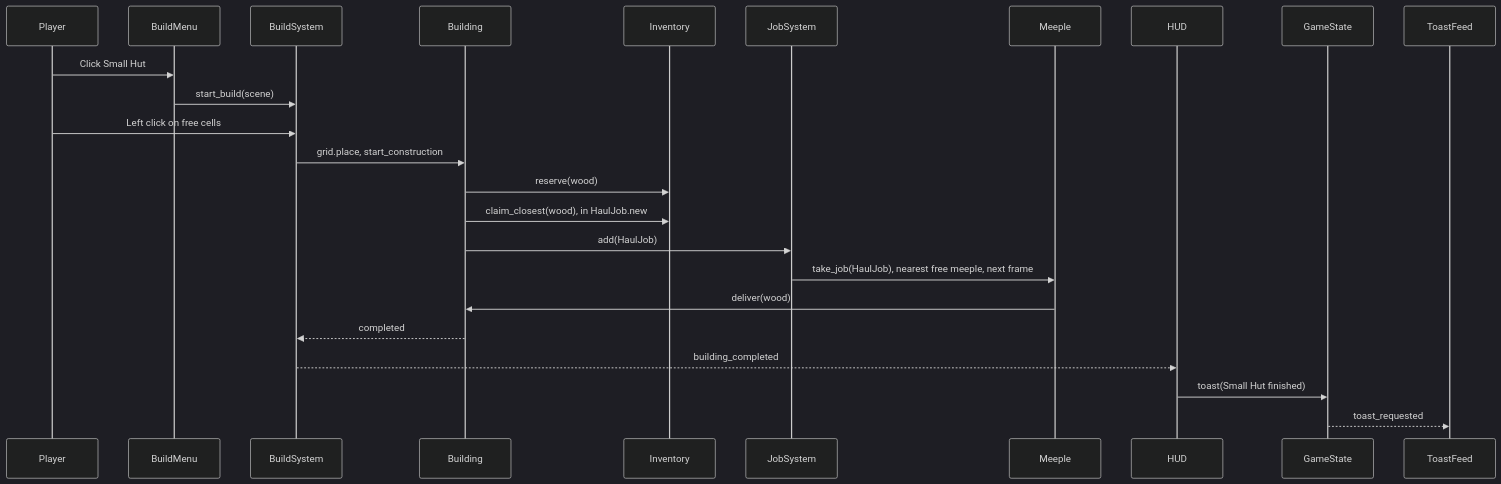
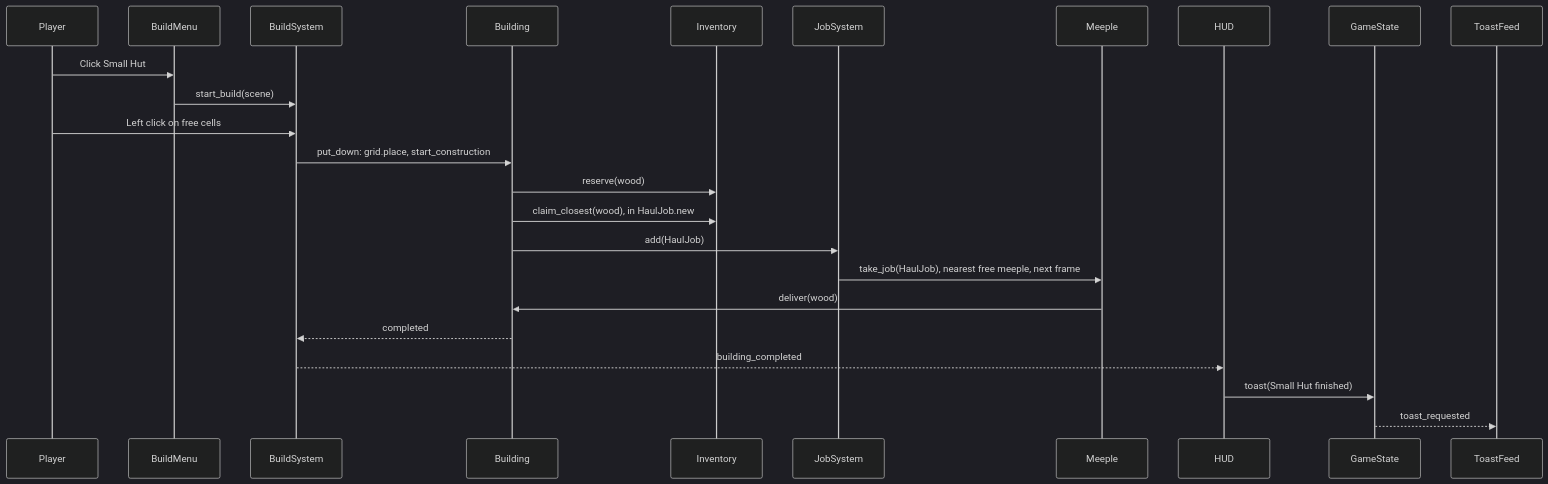
Before and after one commit to Liam-M-Mays/game-jam-2026: the fifth of 11 diagrams in docs/architecture.md, drawn with Mermaid (dark theme). The commit also changed other lines of this file and 9 other files, not shown here.

````diff
--- a/docs/architecture.md
+++ b/docs/architecture.md
@@ -212,27 +212,27 @@
 ```mermaid
 sequenceDiagram
     participant Player
     participant BuildMenu
     participant BuildSystem
     participant Building
     participant Inventory
     participant JobSystem
     participant Meeple
     participant HUD
     participant GameState
     participant ToastFeed
 
     Player->>BuildMenu: Click Small Hut
     BuildMenu->>BuildSystem: start_build(scene)
     Player->>BuildSystem: Left click on free cells
-    BuildSystem->>Building: grid.place, start_construction
+    BuildSystem->>Building: put_down: grid.place, start_construction
     Building->>Inventory: reserve(wood)
     Building->>Inventory: claim_closest(wood), in HaulJob.new
     Building->>JobSystem: add(HaulJob)
     JobSystem->>Meeple: take_job(HaulJob), nearest free meeple, next frame
     Meeple->>Building: deliver(wood)
     Building-->>BuildSystem: completed
     BuildSystem-->>HUD: building_completed
     HUD->>GameState: toast(Small Hut finished)
     GameState-->>ToastFeed: toast_requested
 ```
````
